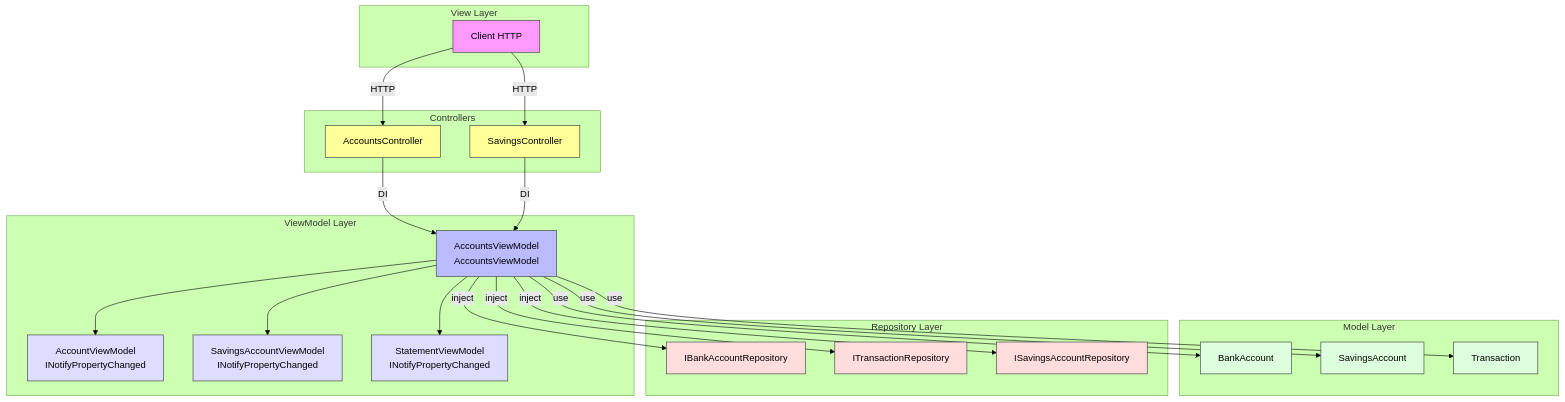
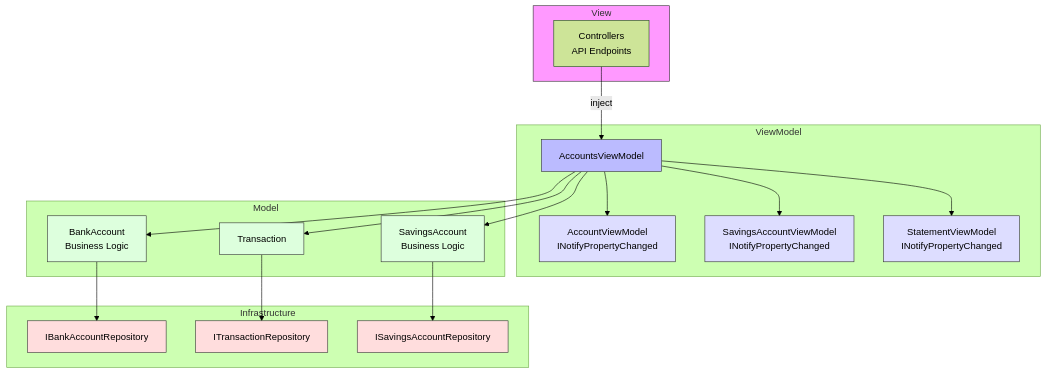
The first of 2 diagrams in README.md (EL-R1/BankingKata-MVVM), drawn with Mermaid (forest theme) before and after one commit. The commit also changed other lines of this file, not shown here.

Commit message:
Simplify Mermaid diagrams to pure MVVM representation

````diff
--- a/README.md
+++ b/README.md
@@ -55,61 +55,50 @@
 ```mermaid
 graph TB
-    subgraph "View Layer"
-        Client[Client HTTP]
+    subgraph "View"
+        C[Controllers<br/>API Endpoints]
     end
 
-    subgraph "ViewModel Layer"
-        AVM[AccountsViewModel<br/>AccountsViewModel]
+    subgraph "ViewModel"
+        AVM[AccountsViewModel]
         AV[AccountViewModel<br/>INotifyPropertyChanged]
         SV[SavingsAccountViewModel<br/>INotifyPropertyChanged]
         StV[StatementViewModel<br/>INotifyPropertyChanged]
     end
 
-    subgraph "Model Layer"
-        BA[BankAccount]
-        SA[SavingsAccount]
+    subgraph "Model"
+        BA[BankAccount<br/>Business Logic]
+        SA[SavingsAccount<br/>Business Logic]
         T[Transaction]
     end
 
-    subgraph "Repository Layer"
+    subgraph "Infrastructure"
         IBR[IBankAccountRepository]
         ITR[ITransactionRepository]
         ISR[ISavingsAccountRepository]
     end
 
-    subgraph "Controllers"
-        AC[AccountsController]
-        SC[SavingsController]
-    end
-
-    Client -->|HTTP| AC
-    Client -->|HTTP| SC
-    AC -->|DI| AVM
-    SC -->|DI| AVM
-
+    C -->|inject| AVM
     AVM --> AV
     AVM --> SV
     AVM --> StV
 
-    AVM -->|use| BA
-    AVM -->|use| SA
-    AVM -->|use| T
+    AVM --> BA
+    AVM --> SA
+    AVM --> T
 
-    AVM -->|inject| IBR
-    AVM -->|inject| ITR
-    AVM -->|inject| ISR
+    BA --> IBR
+    SA --> ISR
+    T --> ITR
 
-    style Client fill:#f9f,stroke:#333
+    style View fill:#f9f,stroke:#333
     style AVM fill:#bbf,stroke:#333
     style AV fill:#ddf,stroke:#333
     style SV fill:#ddf,stroke:#333
     style StV fill:#ddf,stroke:#333
     style BA fill:#dfd,stroke:#333
     style SA fill:#dfd,stroke:#333
     style T fill:#dfd,stroke:#333
     style IBR fill:#fdd,stroke:#333
     style ITR fill:#fdd,stroke:#333
     style ISR fill:#fdd,stroke:#333
-    style AC fill:#ff9,stroke:#333
-    style SC fill:#ff9,stroke:#333
 ```
````
